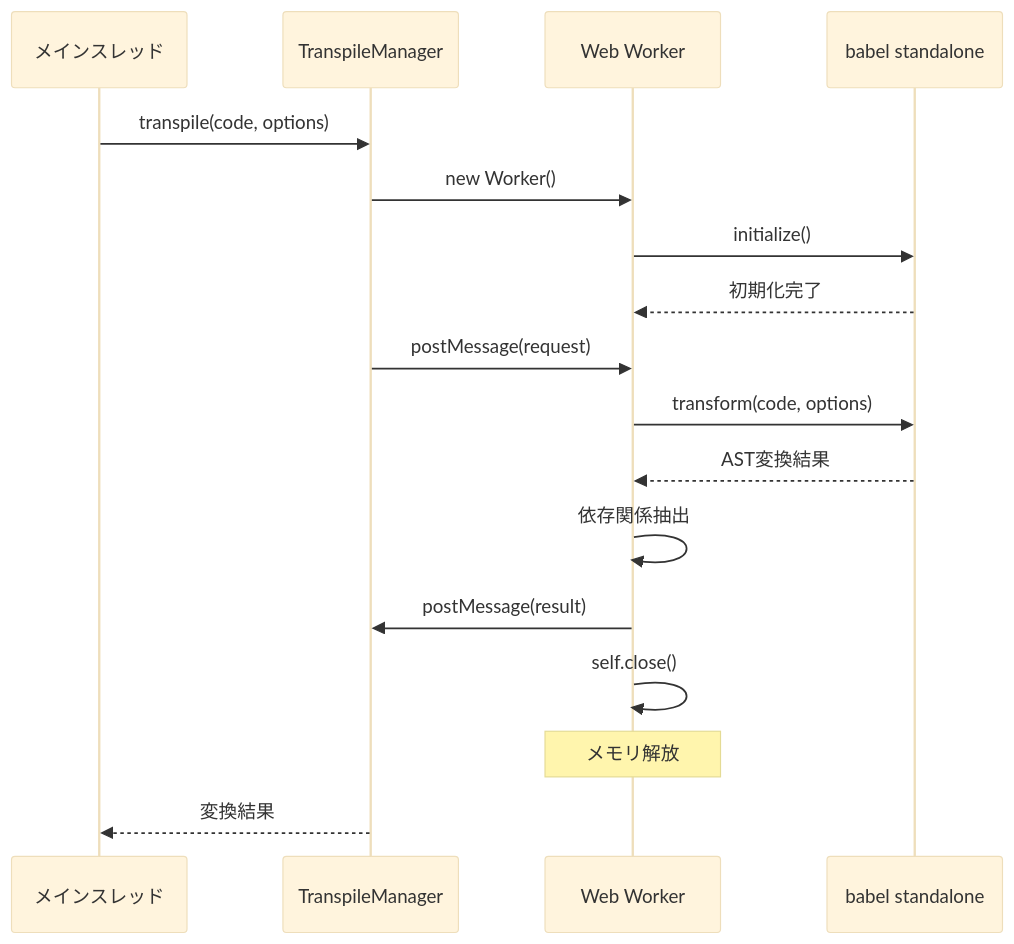
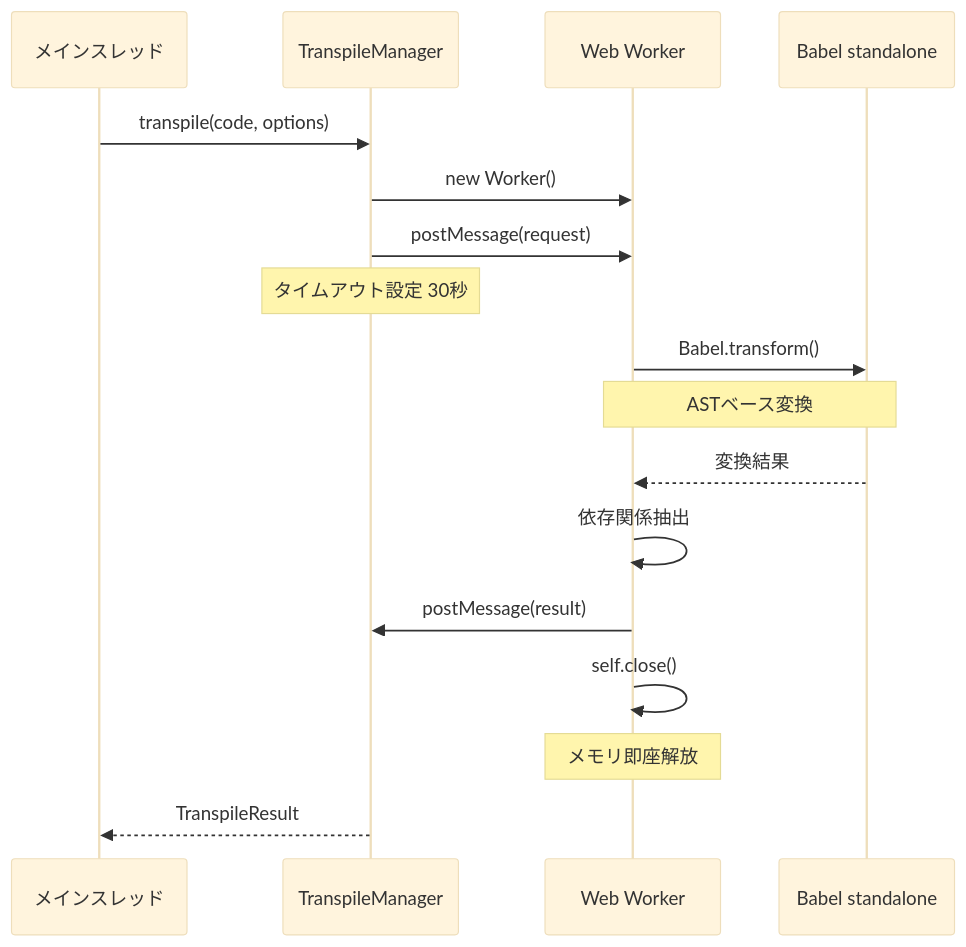
Before and after one commit to Stasshe/Pyxis-CodeCanvas: the fifth of 12 diagrams in docs/NODE-RUNTIME.md, drawn with Mermaid (base theme). The commit also changed other lines of this file and 3 other files, not shown here.

````diff
--- a/docs/NODE-RUNTIME.md
+++ b/docs/NODE-RUNTIME.md
@@ -268,26 +308,25 @@
 ```mermaid
 sequenceDiagram
     participant Main as メインスレッド
     participant Manager as TranspileManager
     participant Worker as Web Worker
-    participant SWC as babel standalone
+    participant Babel as Babel standalone
     
     Main->>Manager: transpile(code, options)
     Manager->>Worker: new Worker()
     
-    Worker->>SWC: initialize()
-    SWC-->>Worker: 初期化完了
+    Manager->>Worker: postMessage(request)
+    Note over Manager: タイムアウト設定 30秒
     
-    Manager->>Worker: postMessage(request)
+    Worker->>Babel: Babel.transform()
+    Note over Worker,Babel: ASTベース変換
     
-    Worker->>SWC: transform(code, options)
-    SWC-->>Worker: AST変換結果
+    Babel-->>Worker: 変換結果
+    Worker->>Worker: 依存関係抽出
     
-    Worker->>Worker: 依存関係抽出
     Worker->>Manager: postMessage(result)
+    Worker->>Worker: self.close()
+    Note over Worker: メモリ即座解放
     
-    Worker->>Worker: self.close()
-    Note over Worker: メモリ解放
-    
-    Manager-->>Main: 変換結果
+    Manager-->>Main: TranspileResult
 ```
````
